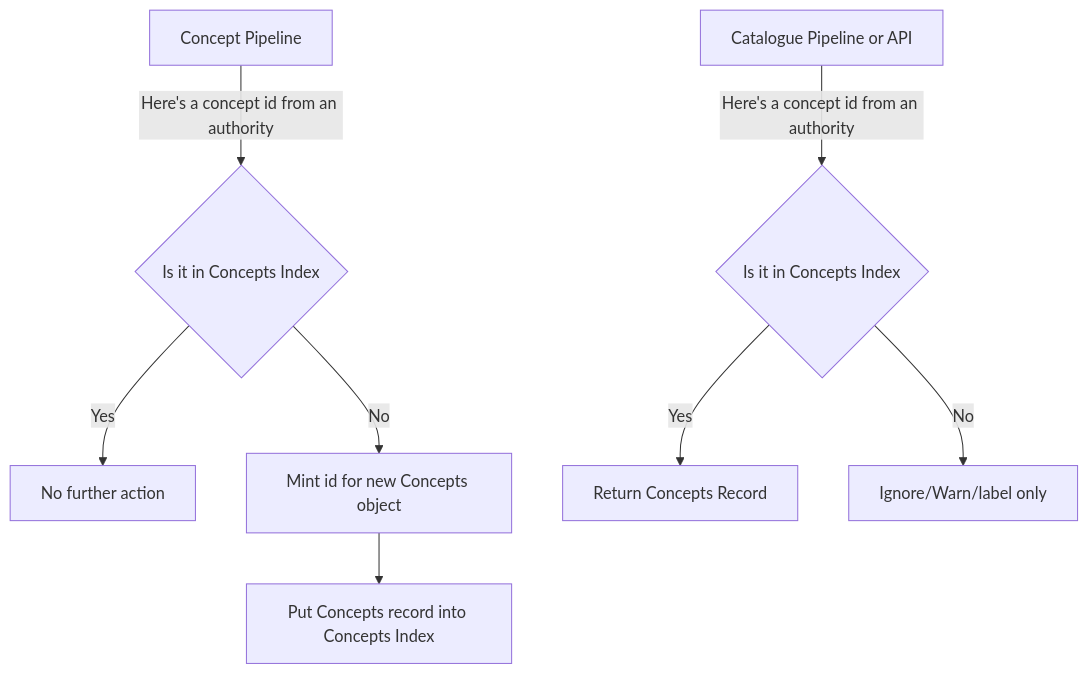
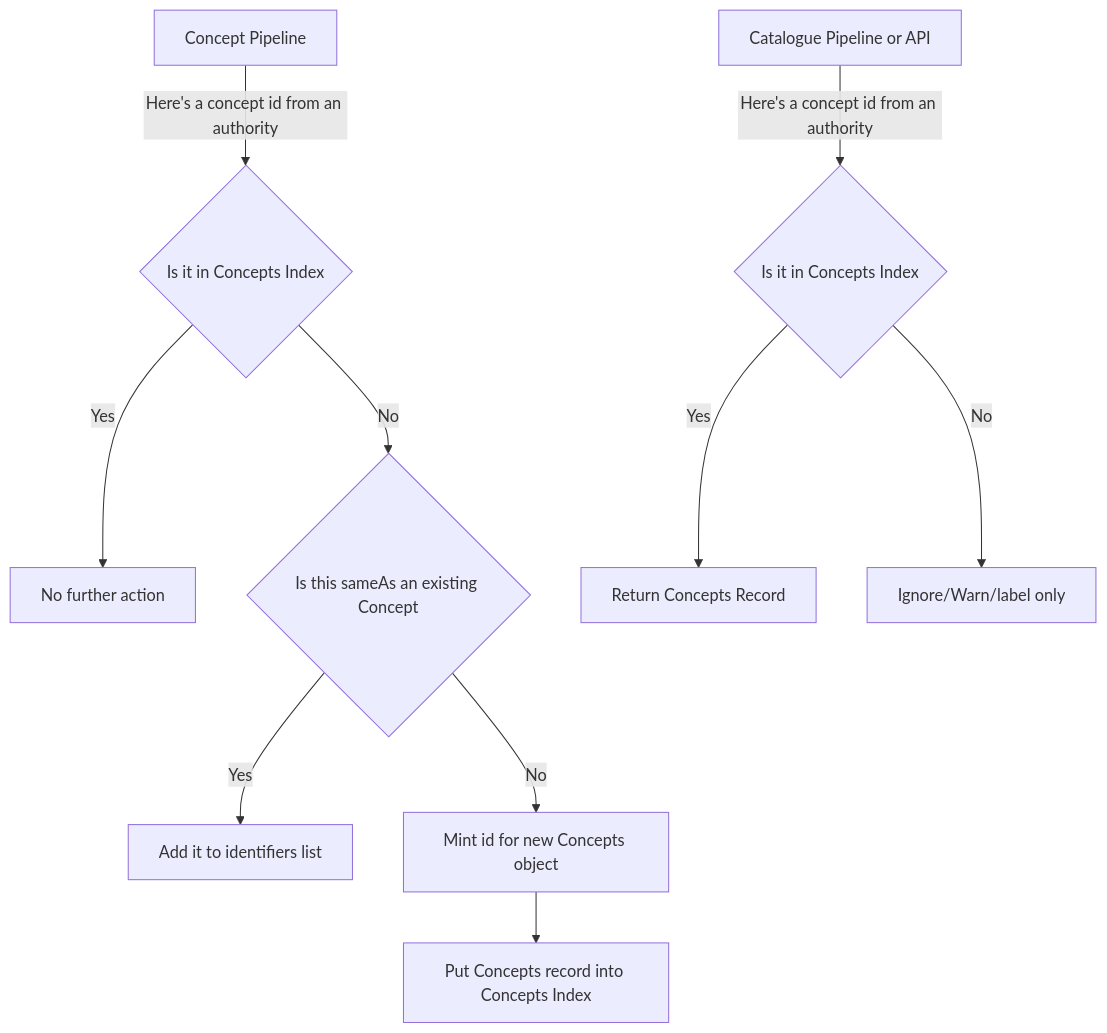
One commit to wellcomecollection/docs changed the second of 2 diagrams in rfcs/052-concepts-pipeline/README.md. Above: the diagram before and after it, drawn with Mermaid. The commit also changed other lines of this file and 1 other file, not shown here.

````diff
--- a/rfcs/052-concepts-pipeline/README.md
+++ b/rfcs/052-concepts-pipeline/README.md
@@ -161,14 +161,15 @@
 ```mermaid
 graph TD
     A[Concept Pipeline] -->|Here's a concept id from an authority| B
     B{Is it in Concepts Index}
     B -->|Yes| C[No further action]
-    B -->|No| D[Mint id for new Concepts object]
-    D --> E[Put Concepts record into Concepts Index]
+    B -->|No| D{Is this sameAs an existing Concept}
+    D -->|Yes| E[Add it to identifiers list]
+    D -->|No| F[Mint id for new Concepts object]
+    F --> G[Put Concepts record into Concepts Index]
 
     AA[Catalogue Pipeline or API] -->|Here's a concept id from an authority| BA
     BA{Is it in Concepts Index}
     BA -->|Yes| CA[Return Concepts Record]
     BA -->|No| DA[Ignore/Warn/label only]
-
 ```
````
